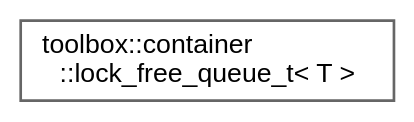
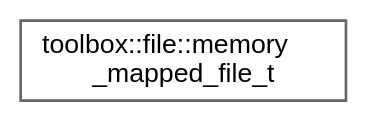
One commit to nerdneilsfield/cpp-toolbox changed the diagram in inherit_graph_20.dot. Above: the diagram before and after it, drawn with Graphviz. The commit also changed 261 other files, not shown here.

```diff
--- a/inherit_graph_20.dot
+++ b/inherit_graph_20.dot
@@ -1,9 +1,9 @@
 digraph "Graphical Class Hierarchy"
 {
  // LATEX_PDF_SIZE
   bgcolor="transparent";
   edge [fontname=Helvetica,fontsize=10,labelfontname=Helvetica,labelfontsize=10];
   node [fontname=Helvetica,fontsize=10,shape=box,height=0.2,width=0.4];
   rankdir="LR";
-  Node0 [id="Node000000",label="toolbox::container\l::lock_free_queue_t\< T \>",height=0.2,width=0.4,color="grey40", fillcolor="white", style="filled",URL="$classtoolbox_1_1container_1_1lock__free__queue__t.html",tooltip=" "];
+  Node0 [id="Node000000",label="toolbox::file::memory\l_mapped_file_t",height=0.2,width=0.4,color="grey40", fillcolor="white", style="filled",URL="$classtoolbox_1_1file_1_1memory__mapped__file__t.html",tooltip="RAII wrapper for memory-mapped files. / 内存映射文件的 RAII 封装。"];
 }
```
